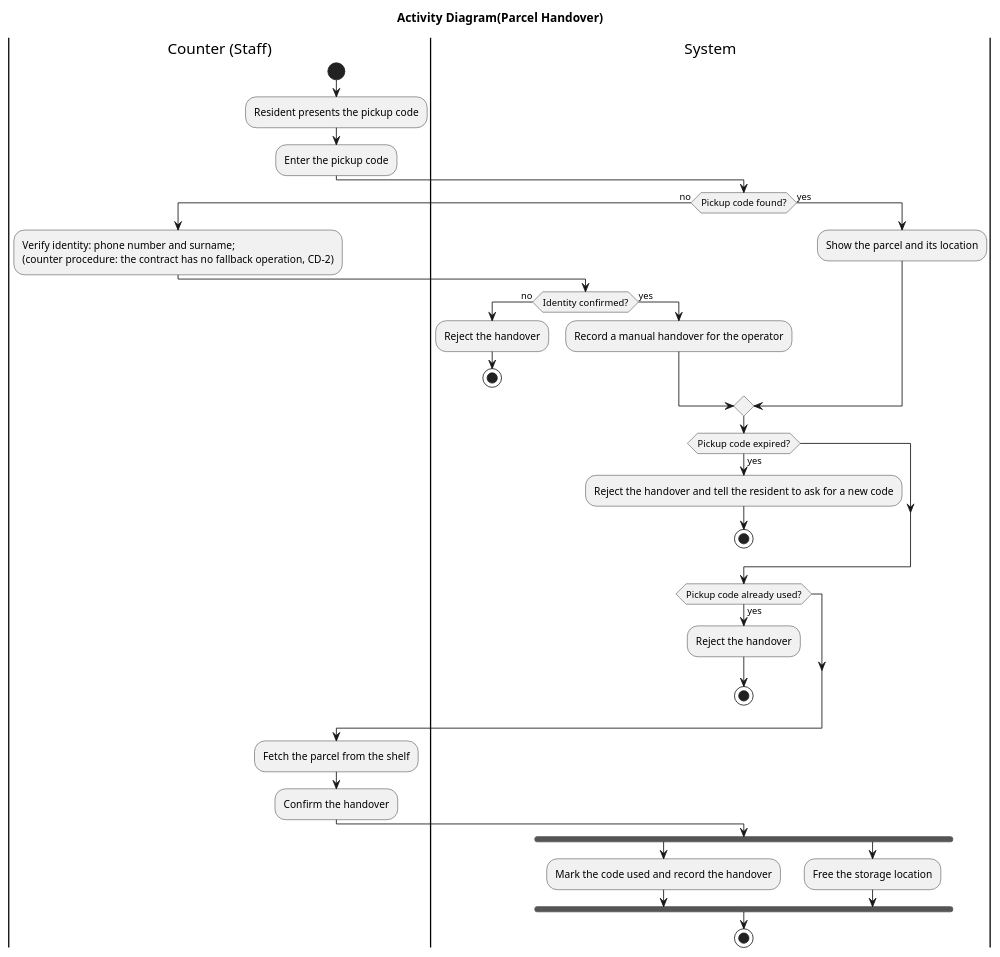
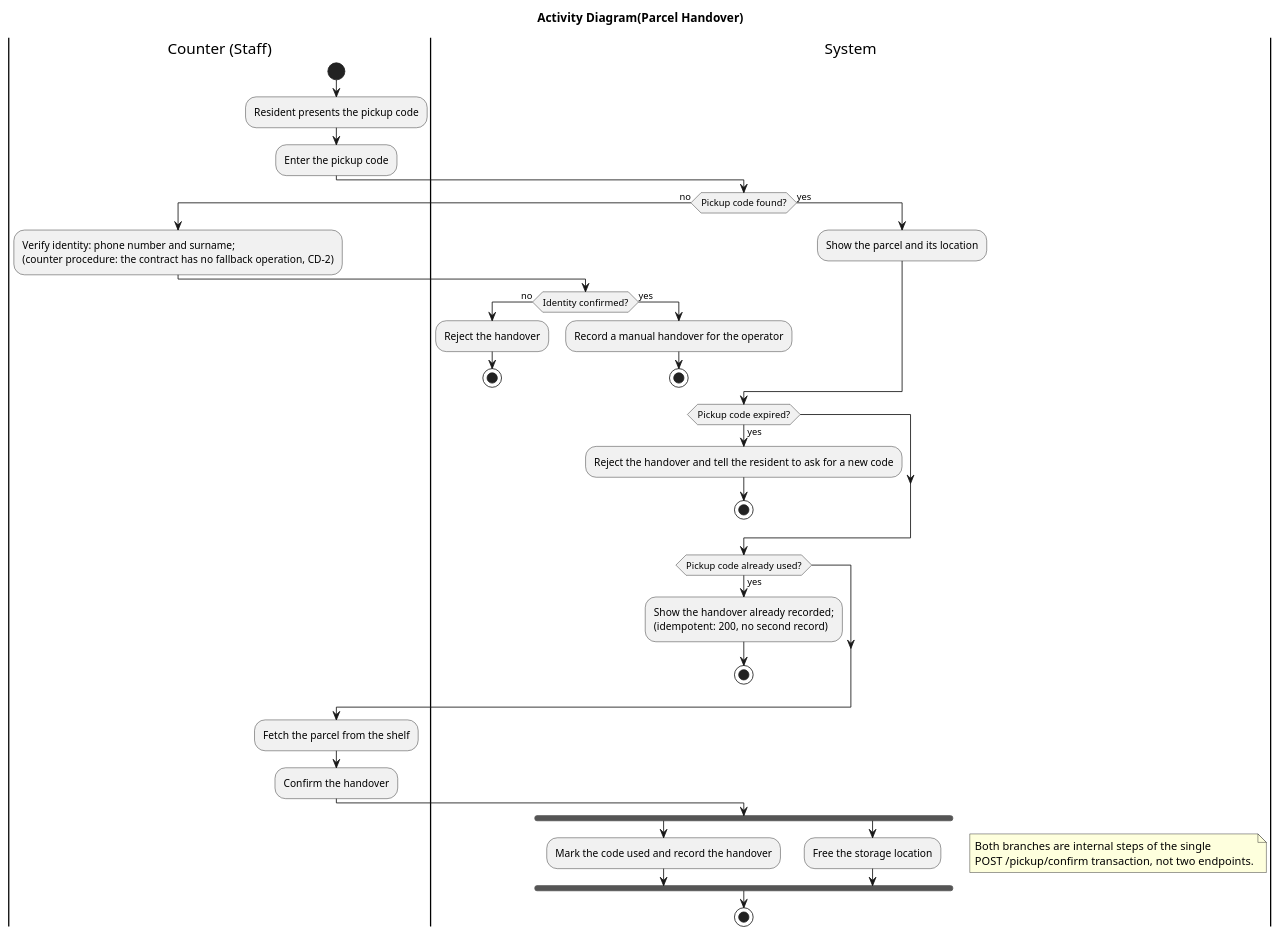
One commit to 123dvfj123/linyi-collection-point changed the diagram in docs/02-design/uml/activity-handover.puml. Above: the diagram before and after it, drawn with PlantUML. The commit also changed 1 other file, not shown here.

Commit message:
docs(design): make the handover models idempotent and end the fallback path [T-20-11]

```diff
--- a/docs/02-design/uml/activity-handover.puml
+++ b/docs/02-design/uml/activity-handover.puml
@@ -1,39 +1,44 @@
 @startuml activity-handover
 title Activity Diagram(Parcel Handover)
 |Counter (Staff)|
 start
 :Resident presents the pickup code;
 :Enter the pickup code;
 |System|
 if (Pickup code found?) then (no)
   |Counter (Staff)|
   :Verify identity: phone number and surname;\n(counter procedure: the contract has no fallback operation, CD-2);
   |System|
   if (Identity confirmed?) then (no)
     :Reject the handover;
     stop
   else (yes)
     :Record a manual handover for the operator;
+    stop
   endif
 else (yes)
   :Show the parcel and its location;
 endif
 if (Pickup code expired?) then (yes)
   :Reject the handover and tell the resident to ask for a new code;
   stop
 endif
 if (Pickup code already used?) then (yes)
-  :Reject the handover;
+  :Show the handover already recorded;\n(idempotent: 200, no second record);
   stop
 endif
 |Counter (Staff)|
 :Fetch the parcel from the shelf;
 :Confirm the handover;
 |System|
 fork
   :Mark the code used and record the handover;
 fork again
   :Free the storage location;
 end fork
+note right
+  Both branches are internal steps of the single
+  POST /pickup/confirm transaction, not two endpoints.
+end note
 stop
 @enduml
```
